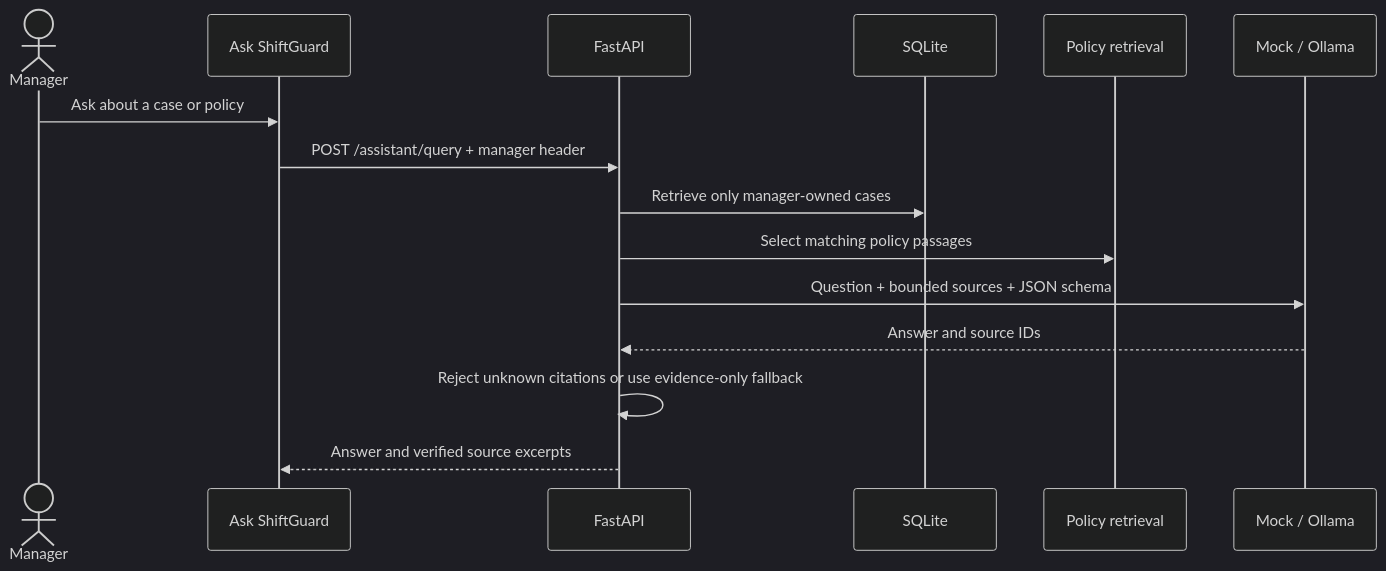
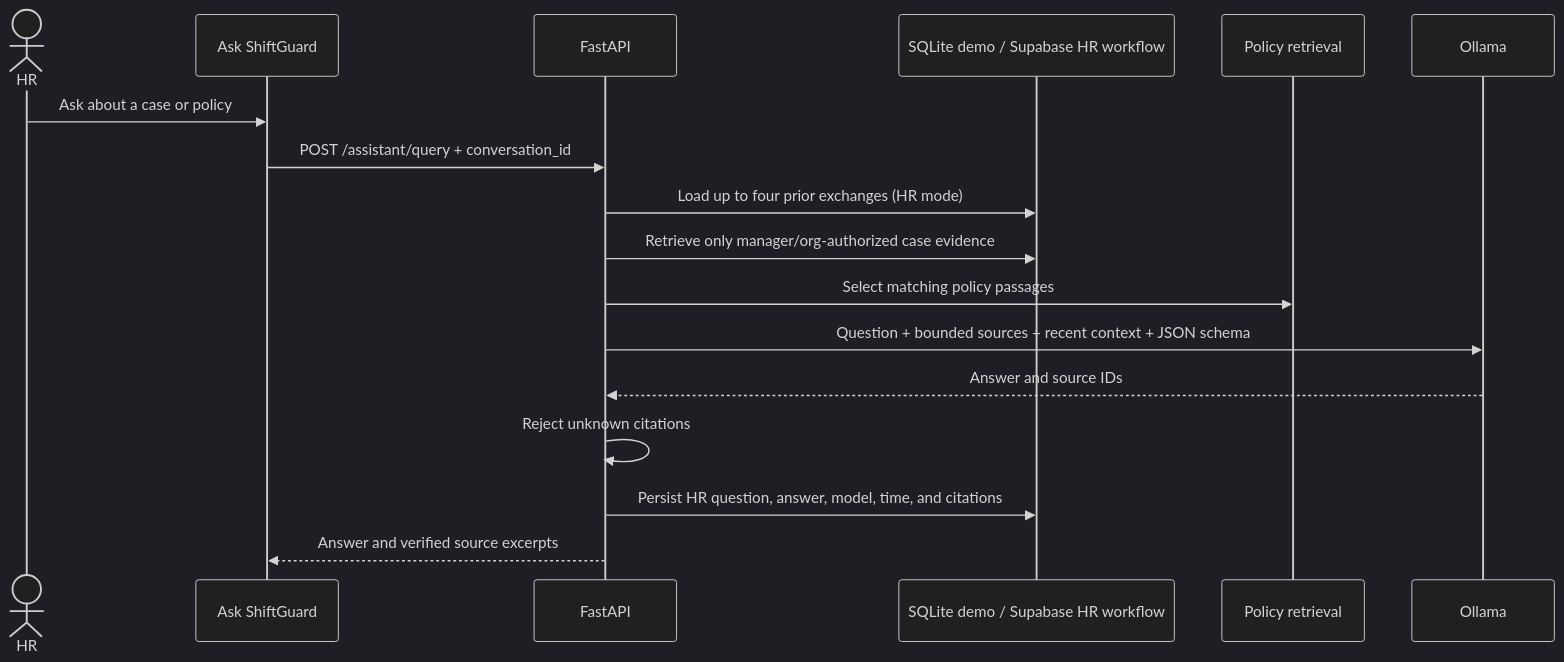
One commit to DayForce-AIIC/Time-Attandance-Agent changed the first of 2 diagrams in docs/ARCHITECTURE.md. Above: the diagram before and after it, drawn with Mermaid (dark theme). The commit also changed other lines of this file and 54 other files, not shown here.

````diff
--- a/docs/ARCHITECTURE.md
+++ b/docs/ARCHITECTURE.md
@@ -23,18 +23,20 @@
 ```mermaid
 sequenceDiagram
-  actor Manager
+  actor HR
   participant UI as Ask ShiftGuard
   participant API as FastAPI
-  participant DB as SQLite
+  participant DB as SQLite demo / Supabase HR workflow
   participant Policy as Policy retrieval
-  participant LLM as Mock / Ollama
+  participant LLM as Ollama
 
-  Manager->>UI: Ask about a case or policy
-  UI->>API: POST /assistant/query + manager header
-  API->>DB: Retrieve only manager-owned cases
+  HR->>UI: Ask about a case or policy
+  UI->>API: POST /assistant/query + conversation_id
+  API->>DB: Load up to four prior exchanges (HR mode)
+  API->>DB: Retrieve only manager/org-authorized case evidence
   API->>Policy: Select matching policy passages
-  API->>LLM: Question + bounded sources + JSON schema
+  API->>LLM: Question + bounded sources + recent context + JSON schema
   LLM-->>API: Answer and source IDs
-  API->>API: Reject unknown citations or use evidence-only fallback
+  API->>API: Reject unknown citations
+  API->>DB: Persist HR question, answer, model, time, and citations
   API-->>UI: Answer and verified source excerpts
 ```
````
